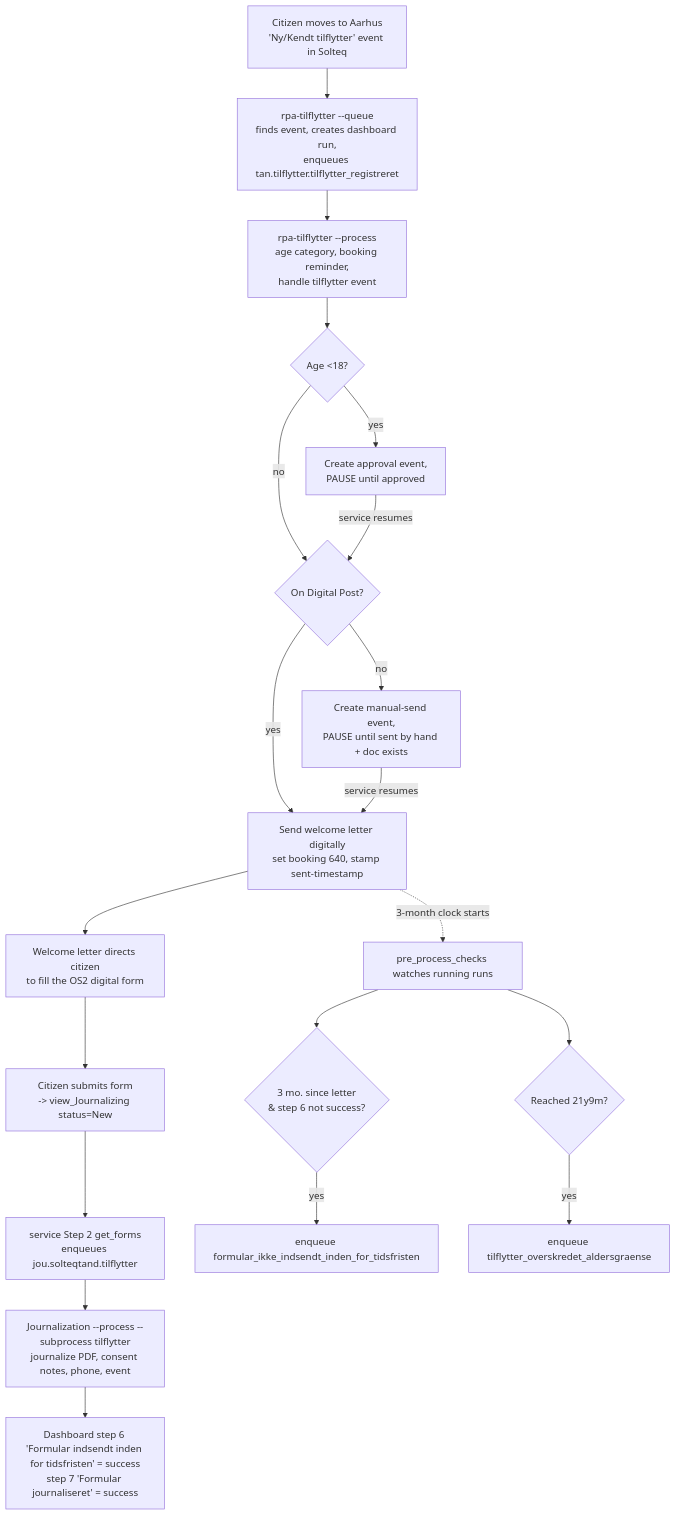
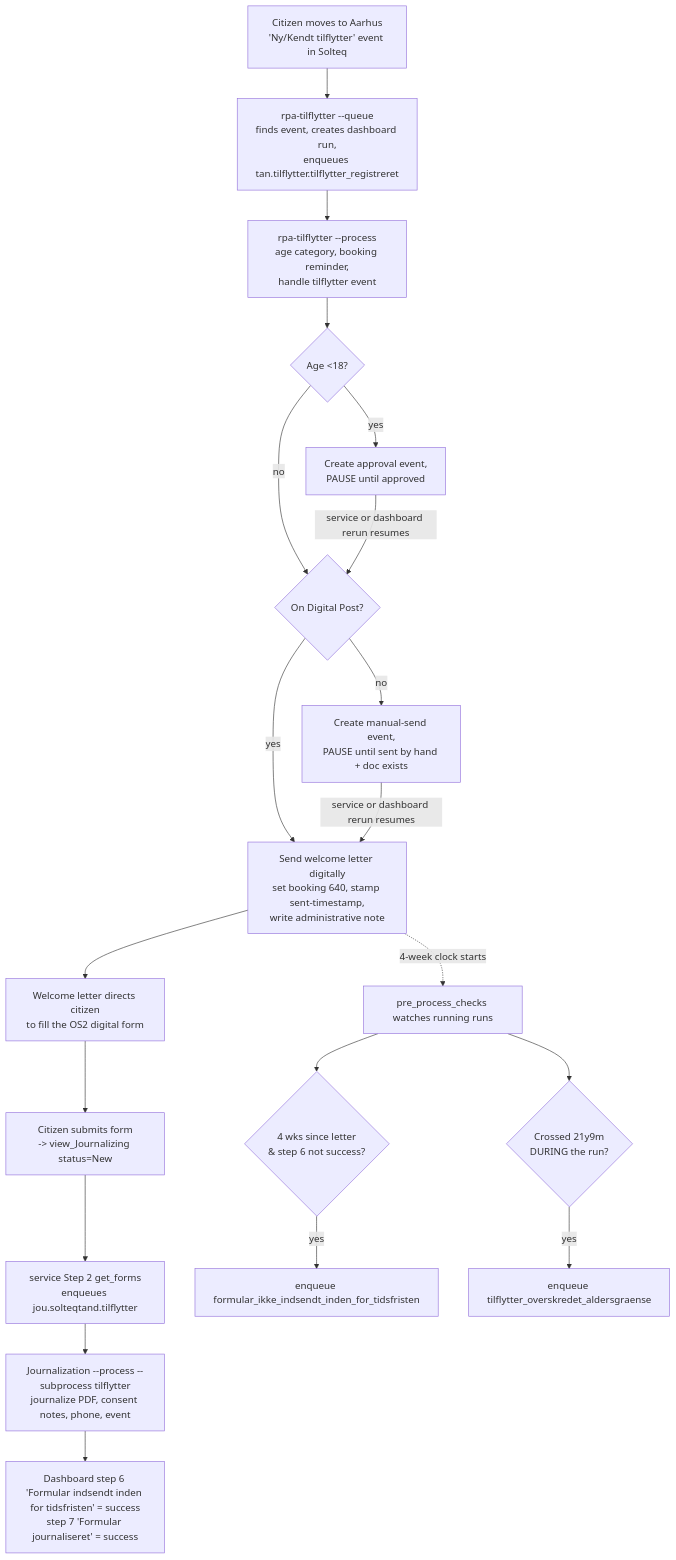
One commit to AAK-MBU/rpa-tilflytter changed the diagram in README.md. Above: the diagram before and after it, drawn with Mermaid. The commit also changed other lines of this file and 2 other files, not shown here.

````diff
--- a/README.md
+++ b/README.md
@@ -32,22 +32,22 @@
 ```mermaid
 flowchart TD
     A[Citizen moves to Aarhus<br/>'Ny/Kendt tilflytter' event in Solteq] --> B[rpa-tilflytter --queue<br/>finds event, creates dashboard run,<br/>enqueues tan.tilflytter.tilflytter_registreret]
     B --> C[rpa-tilflytter --process<br/>age category, booking reminder,<br/>handle tilflytter event]
     C --> D{Age &lt;18?}
     D -- yes --> E[Create approval event,<br/>PAUSE until approved]
     D -- no --> F{On Digital Post?}
-    E -->|service resumes| F
-    F -- yes --> G[Send welcome letter digitally<br/>set booking 640, stamp sent-timestamp]
+    E -->|service or dashboard rerun resumes| F
+    F -- yes --> G[Send welcome letter digitally<br/>set booking 640, stamp sent-timestamp,<br/>write administrative note]
     F -- no --> H[Create manual-send event,<br/>PAUSE until sent by hand + doc exists]
-    H -->|service resumes| G
+    H -->|service or dashboard rerun resumes| G
     G --> I[Welcome letter directs citizen<br/>to fill the OS2 digital form]
     I --> J[Citizen submits form<br/>-> view_Journalizing status=New]
     J --> K[service Step 2 get_forms<br/>enqueues jou.solteqtand.tilflytter]
     K --> L[Journalization --process --subprocess tilflytter<br/>journalize PDF, consent notes, phone, event]
     L --> M[Dashboard step 6 'Formular indsendt inden for tidsfristen' = success<br/>step 7 'Formular journaliseret' = success]
-    G -.3-month clock starts.-> N[pre_process_checks watches running runs]
-    N --> O{3 mo. since letter<br/>& step 6 not success?}
+    G -.4-week clock starts.-> N[pre_process_checks watches running runs]
+    N --> O{4 wks since letter<br/>& step 6 not success?}
     O -- yes --> P[enqueue formular_ikke_indsendt_inden_for_tidsfristen]
-    N --> Q{Reached 21y9m?}
+    N --> Q{Crossed 21y9m<br/>DURING the run?}
     Q -- yes --> R[enqueue tilflytter_overskredet_aldersgraense]
 ```
````
